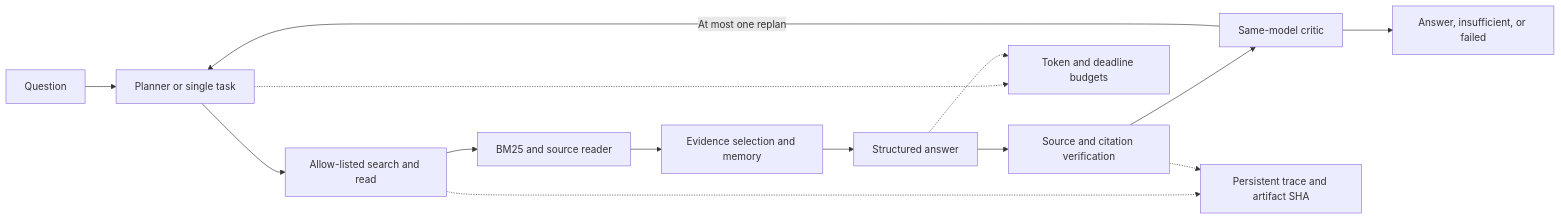
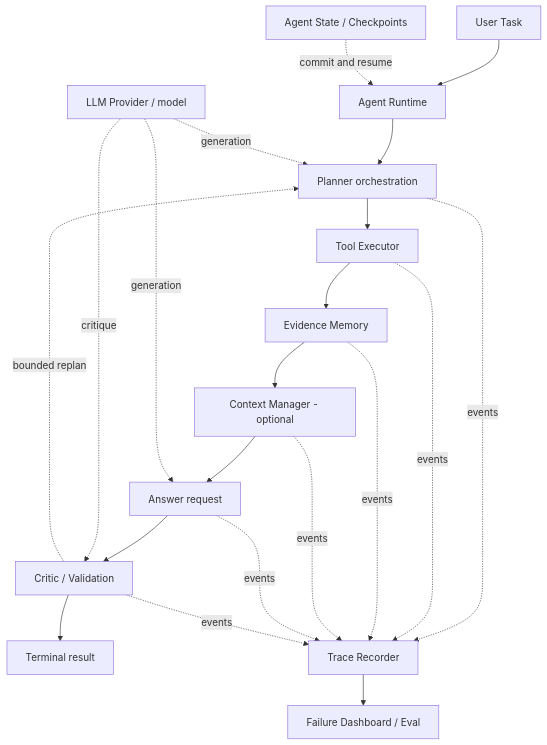
One commit to xiaolei-aba/research-evidence-agent changed the diagram in README.md. Above: the diagram before and after it, drawn with Mermaid. The commit also changed other lines of this file and 75 other files, not shown here.

Commit message:
release: publish ResearchEvidence Agent Runtime public version

````diff
--- a/README.md
+++ b/README.md
@@ -24,16 +68,18 @@
 ```mermaid
-flowchart LR
-    Q[Question] --> P[Planner or single task]
-    P --> T[Allow-listed search and read]
-    T --> R[BM25 and source reader]
-    R --> M[Evidence selection and memory]
-    M --> A[Structured answer]
-    A --> V[Source and citation verification]
-    V --> C[Same-model critic]
-    C --> O[Answer, insufficient, or failed]
-    C -->|At most one replan| P
-    P -.-> B[Token and deadline budgets]
-    A -.-> B
-    T -.-> L[Persistent trace and artifact SHA]
-    V -.-> L
+flowchart TD
+    U[User Task] --> R[Agent Runtime]
+    R --> P[Planner orchestration]
+    P --> T[Tool Executor]
+    T --> M[Evidence Memory]
+    M --> C[Context Manager - optional]
+    C --> A[Answer request]
+    A --> V[Critic / Validation]
+    V --> F[Terminal result]
+    V -. bounded replan .-> P
+    L[LLM Provider / model] -. generation .-> P
+    L -. generation .-> A
+    L -. critique .-> V
+    S[Agent State / Checkpoints] -. commit and resume .-> R
+    P & T & M & C & A & V -. events .-> TR[Trace Recorder]
+    TR --> D[Failure Dashboard / Eval]
 ```
````
